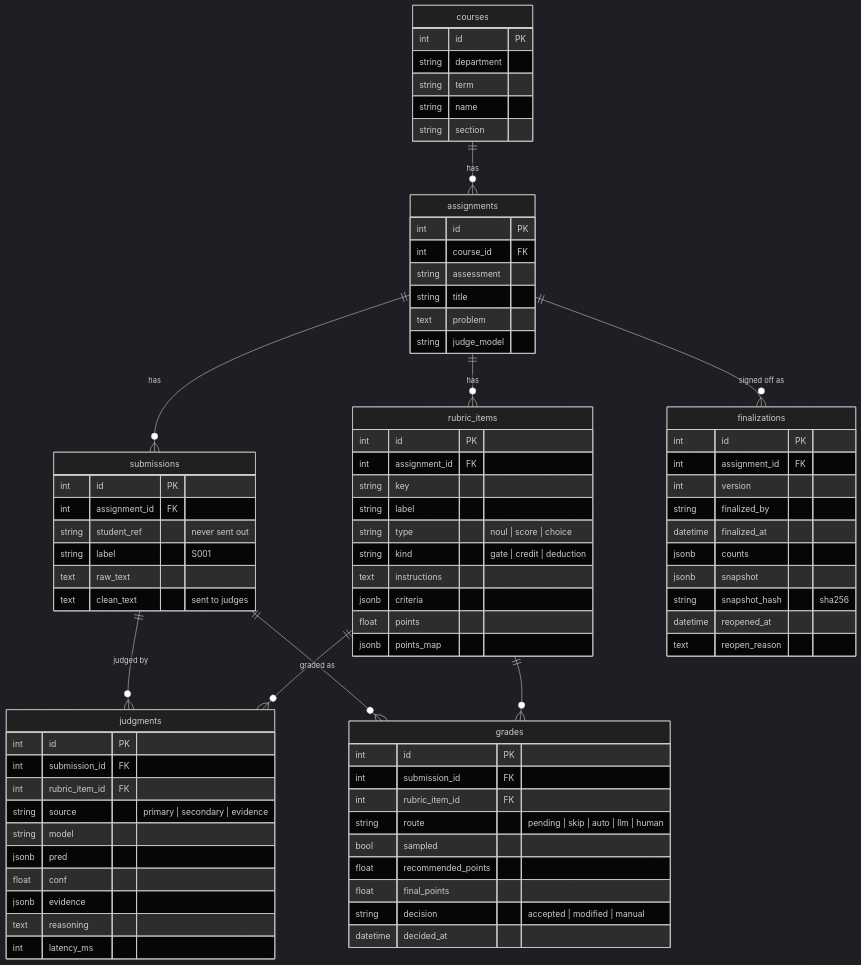
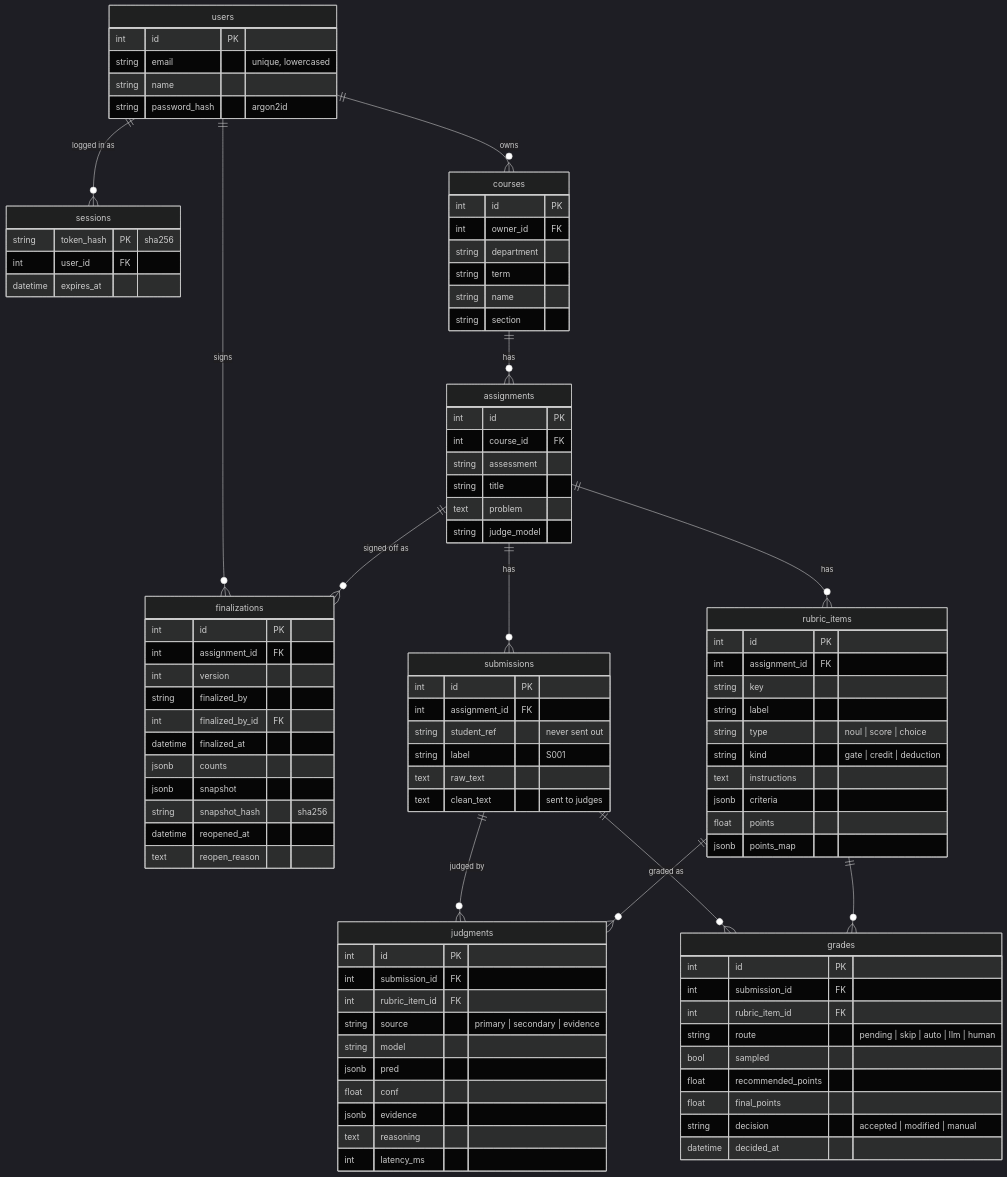
Before and after one commit to GrntKim/FastABC: the diagram in docs/development.md, drawn with Mermaid (dark theme). The commit also changed other lines of this file and 31 other files, not shown here.

````diff
--- a/docs/development.md
+++ b/docs/development.md
@@ -50,5 +51,8 @@
 ```mermaid
 erDiagram
+    users ||--o{ sessions : "logged in as"
+    users ||--o{ courses : owns
+    users ||--o{ finalizations : signs
     courses ||--o{ assignments : has
     assignments ||--o{ rubric_items : has
     assignments ||--o{ submissions : has
@@ -58,8 +62,20 @@
     rubric_items ||--o{ judgments : ""
     rubric_items ||--o{ grades : ""
 
+    users {
+        int id PK
+        string email "unique, lowercased"
+        string name
+        string password_hash "argon2id"
+    }
+    sessions {
+        string token_hash PK "sha256"
+        int user_id FK
+        datetime expires_at
+    }
     courses {
         int id PK
+        int owner_id FK
         string department
         string term
         string name
@@ -121,6 +137,7 @@
         int assignment_id FK
         int version
         string finalized_by
+        int finalized_by_id FK
         datetime finalized_at
         jsonb counts
         jsonb snapshot
````
